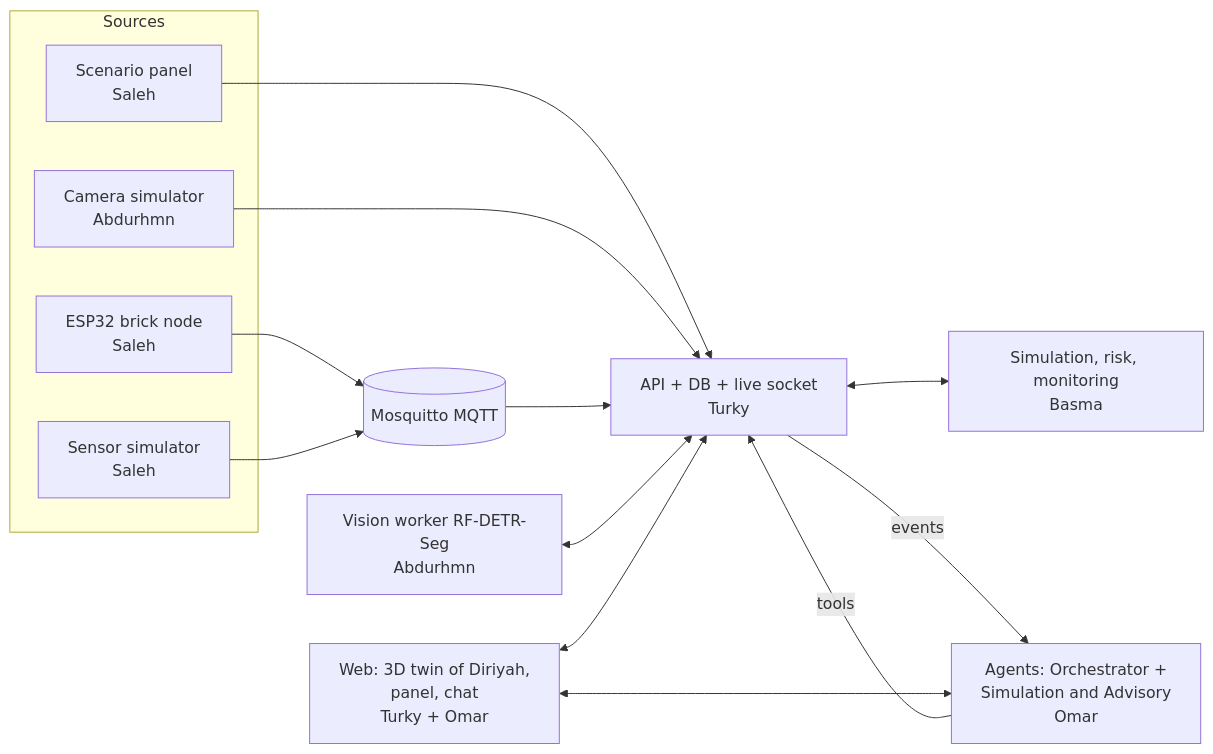
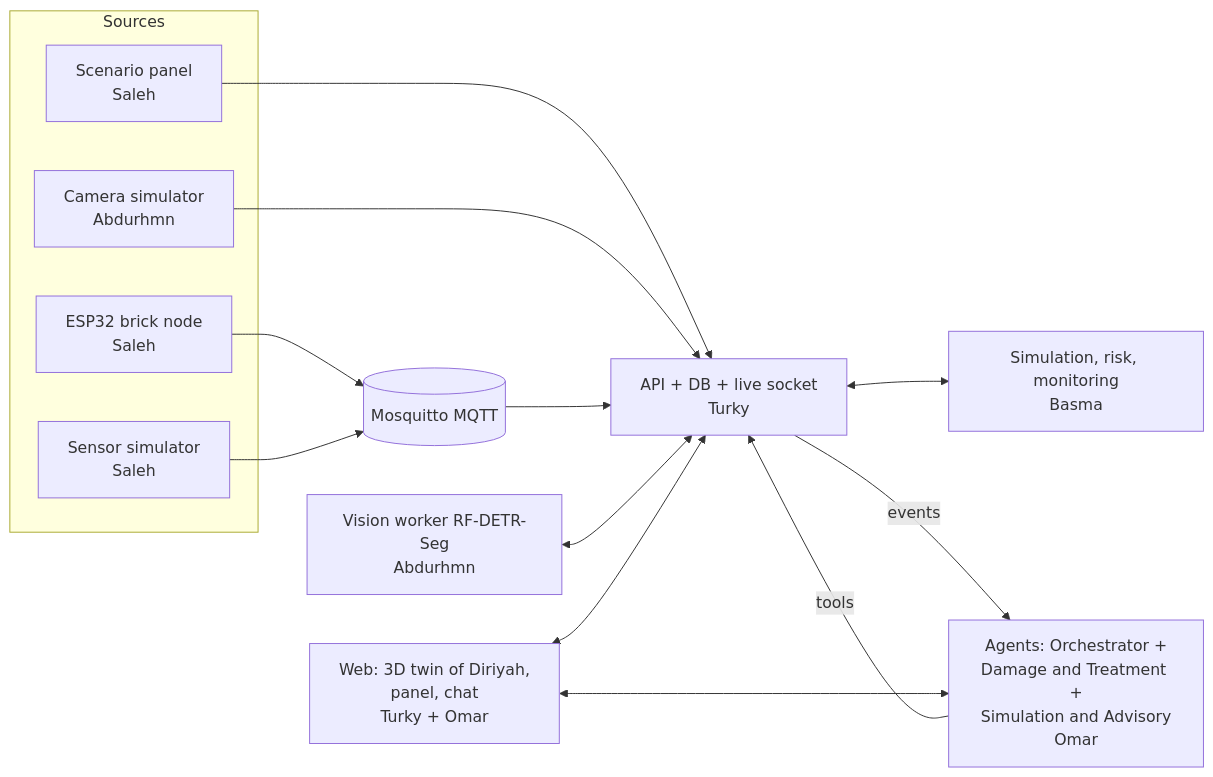
One commit to oShuail/Hadaq-AgentX changed the diagram in README.md. Above: the diagram before and after it, drawn with Mermaid. The commit also changed other lines of this file and 3 other files, not shown here.

````diff
--- a/README.md
+++ b/README.md
@@ -14,27 +14,27 @@
 ```mermaid
 flowchart LR
   subgraph Sources
     ESP[ESP32 brick node<br/>Saleh]
     SIM[Sensor simulator<br/>Saleh]
     CAM[Camera simulator<br/>Abdurhmn]
     PANEL[Scenario panel<br/>Saleh]
   end
   MQTT[(Mosquitto MQTT)]
   API[API + DB + live socket<br/>Turky]
   SIMENG[Simulation, risk, monitoring<br/>Basma]
   VIS[Vision worker RF-DETR-Seg<br/>Abdurhmn]
-  AG[Agents: Orchestrator +<br/>Simulation and Advisory<br/>Omar]
+  AG[Agents: Orchestrator +<br/>Damage and Treatment +<br/>Simulation and Advisory<br/>Omar]
   WEB[Web: 3D twin of Diriyah,<br/>panel, chat<br/>Turky + Omar]
 
   ESP --> MQTT
   SIM --> MQTT
   PANEL --> API
   CAM --> API
   MQTT --> API
   API <--> SIMENG
   VIS <--> API
   API -- events --> AG
   AG -- tools --> API
   WEB <--> API
   WEB <--> AG
 ```
````
